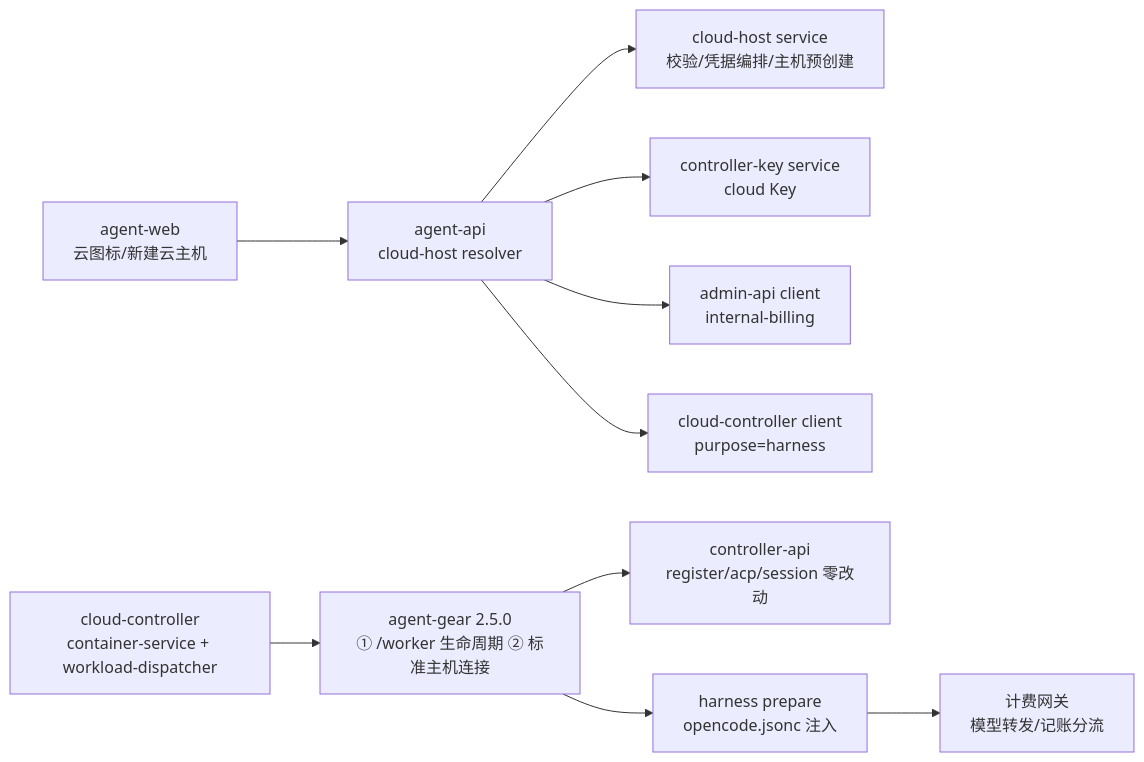
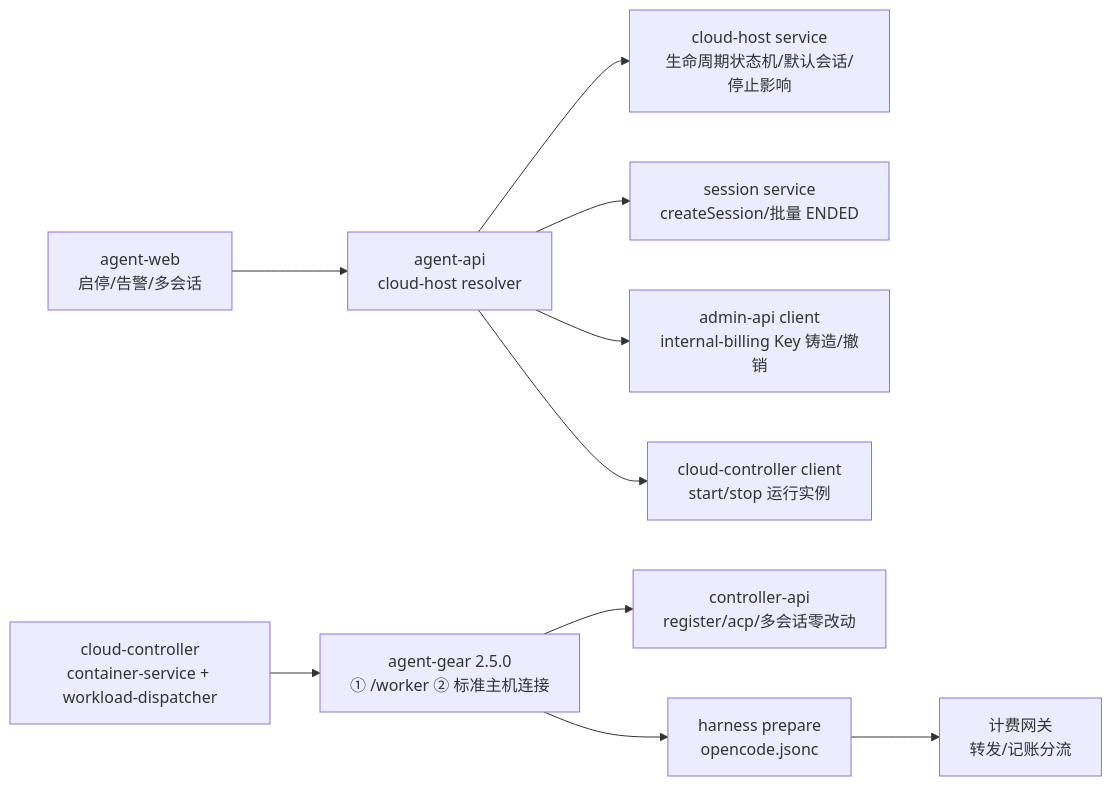
Before and after one commit to Deliay/z-agent-gear: the second of 5 diagrams in docs/engineering/proposals/20261020-feat-container-harness-support.md, drawn with Mermaid. The commit also changed other lines of this file and 3 other files, not shown here.

````diff
--- a/docs/engineering/proposals/20261020-feat-container-harness-support.md
+++ b/docs/engineering/proposals/20261020-feat-container-harness-support.md
@@ -121,12 +121,12 @@
 ```mermaid
 graph LR
-    A[agent-web<br/>云图标/新建云主机] --> B[agent-api<br/>cloud-host resolver]
-    B --> C[cloud-host service<br/>校验/凭据编排/主机预创建]
-    B --> D[controller-key service<br/>cloud Key]
-    B --> E[admin-api client<br/>internal-billing]
-    B --> F[cloud-controller client<br/>purpose=harness]
-    G[cloud-controller<br/>container-service + workload-dispatcher] --> H[agent-gear 2.5.0<br/>① /worker 生命周期 ② 标准主机连接]
-    H --> I[controller-api<br/>register/acp/session 零改动]
-    H --> J[harness prepare<br/>opencode.jsonc 注入]
-    J --> K[计费网关<br/>模型转发/记账分流]
+    A[agent-web<br/>启停/告警/多会话] --> B[agent-api<br/>cloud-host resolver]
+    B --> C[cloud-host service<br/>生命周期状态机/默认会话/停止影响]
+    B --> D[session service<br/>createSession/批量 ENDED]
+    B --> E[admin-api client<br/>internal-billing Key 铸造/撤销]
+    B --> F[cloud-controller client<br/>start/stop 运行实例]
+    G[cloud-controller<br/>container-service + workload-dispatcher] --> H[agent-gear 2.5.0<br/>① /worker ② 标准主机连接]
+    H --> I[controller-api<br/>register/acp/多会话零改动]
+    H --> J[harness prepare<br/>opencode.jsonc]
+    J --> K[计费网关<br/>转发/记账分流]
 ```
````
